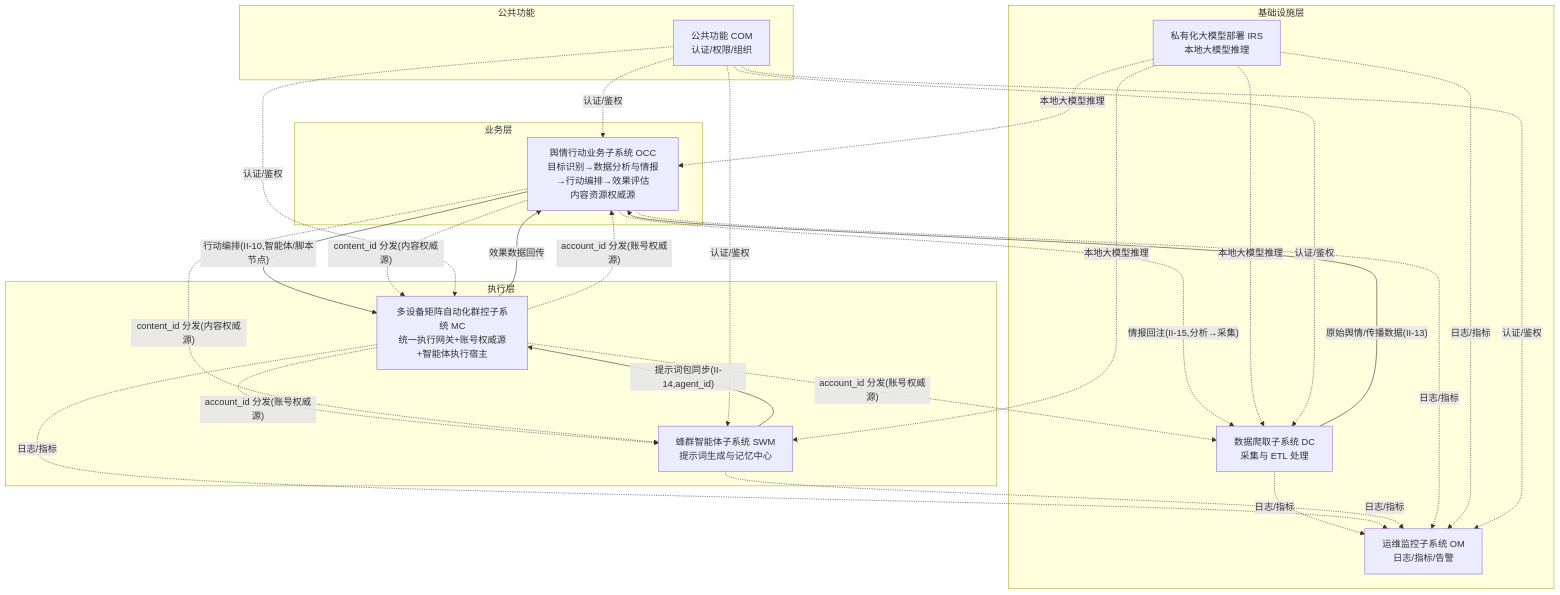
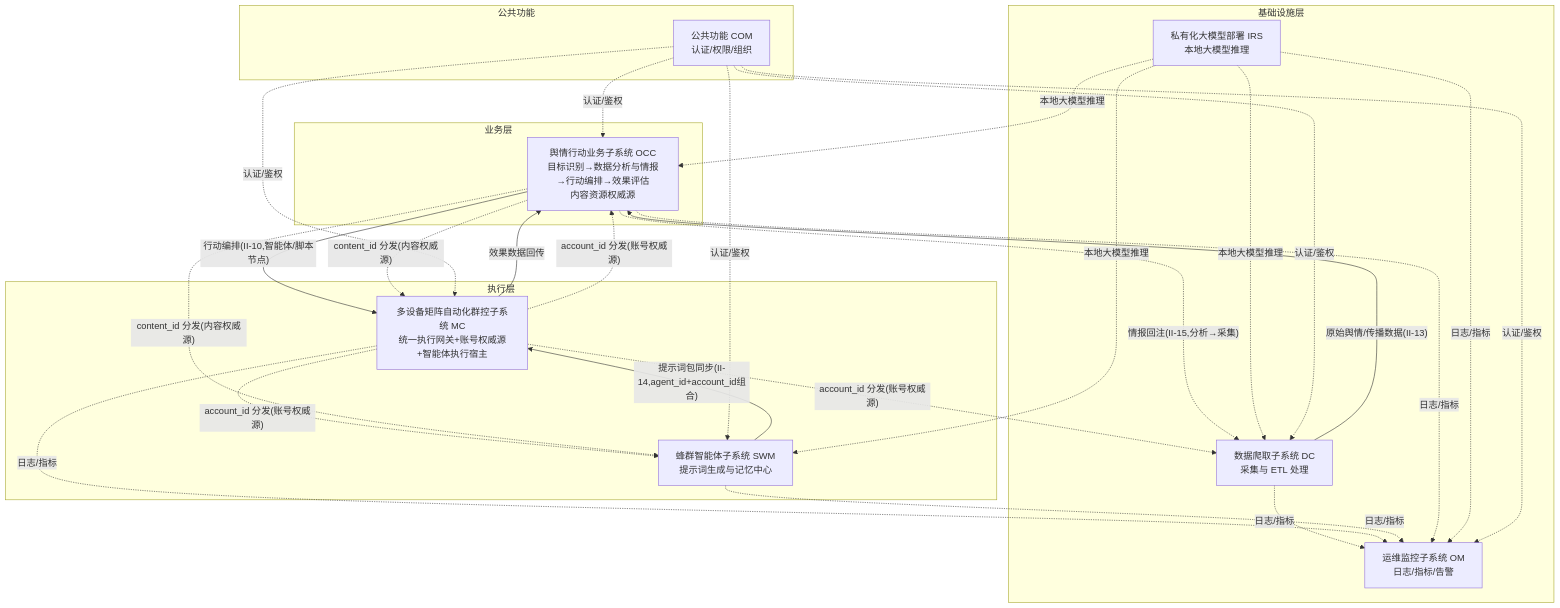
The first of 14 diagrams in 公司项目/认知作战/文档/软件概要设计说明.md (Sj-g/obsidian), drawn with Mermaid before and after one commit. The commit also changed other lines of this file and 5 other files, not shown here.

````diff
--- a/公司项目/认知作战/文档/软件概要设计说明.md
+++ b/公司项目/认知作战/文档/软件概要设计说明.md
@@ -62,29 +62,29 @@
 ```mermaid
 flowchart TB
     subgraph BIZ["业务层"]
         OCC["舆情行动业务子系统 OCC<br/>目标识别→数据分析与情报→行动编排→效果评估<br/>内容资源权威源"]
     end
     subgraph COM_LAYER["公共功能"]
         COM["公共功能 COM<br/>认证/权限/组织"]
     end
     subgraph EXEC["执行层"]
         SWM["蜂群智能体子系统 SWM<br/>提示词生成与记忆中心"]
         MC["多设备矩阵自动化群控子系统 MC<br/>统一执行网关+账号权威源+智能体执行宿主"]
     end
     subgraph INFRA["基础设施层"]
         DC["数据爬取子系统 DC<br/>采集与 ETL 处理"]
         OM["运维监控子系统 OM<br/>日志/指标/告警"]
         IRS["私有化大模型部署 IRS<br/>本地大模型推理"]
     end
 
     DC -->|"原始舆情/传播数据(II-13)"| OCC
     OCC -->|"行动编排(II-10,智能体/脚本节点)"| MC
     OCC -.->|"情报回注(II-15,分析→采集)"| DC
-    SWM -->|"提示词包同步(II-14,agent_id)"| MC
+    SWM -->|"提示词包同步(II-14,agent_id+account_id组合)"| MC
     MC -->|"效果数据回传"| OCC
     MC -.->|"account_id 分发(账号权威源)"| DC & SWM & OCC
     OCC -.->|"content_id 分发(内容权威源)"| SWM & MC
     IRS -.->|"本地大模型推理"| DC & SWM & OCC
     DC & MC & SWM & OCC & IRS -.->|"日志/指标"| OM
     COM -.->|"认证/鉴权"| DC & MC & SWM & OCC & OM
 ```
````
